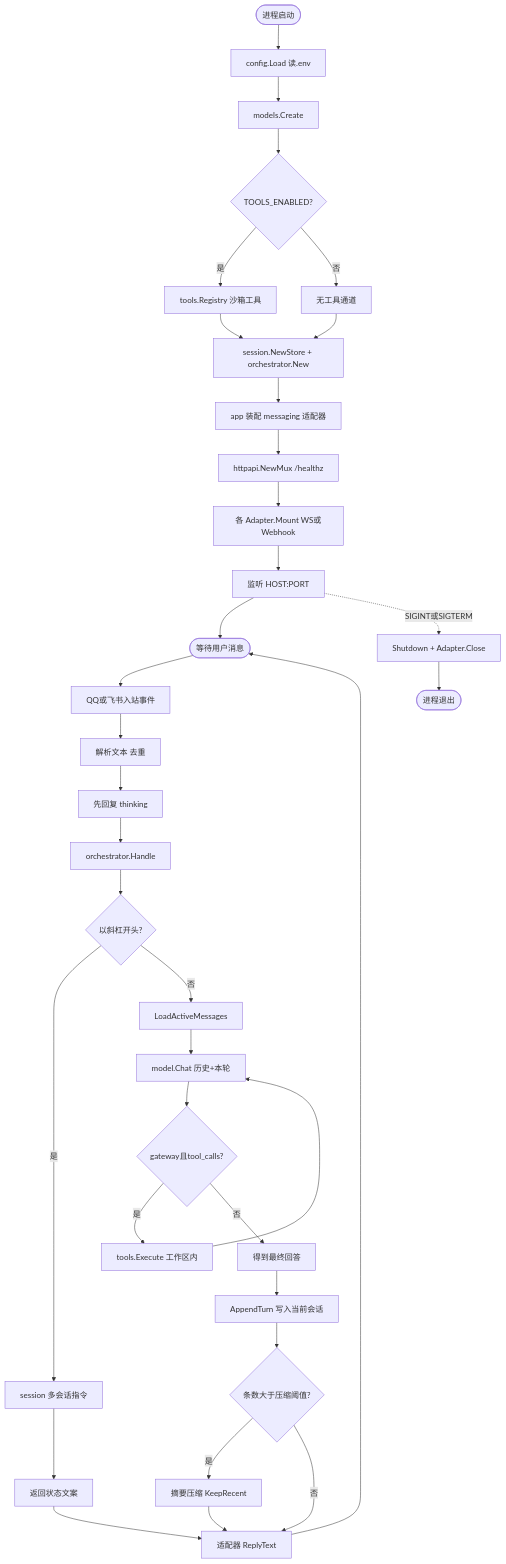
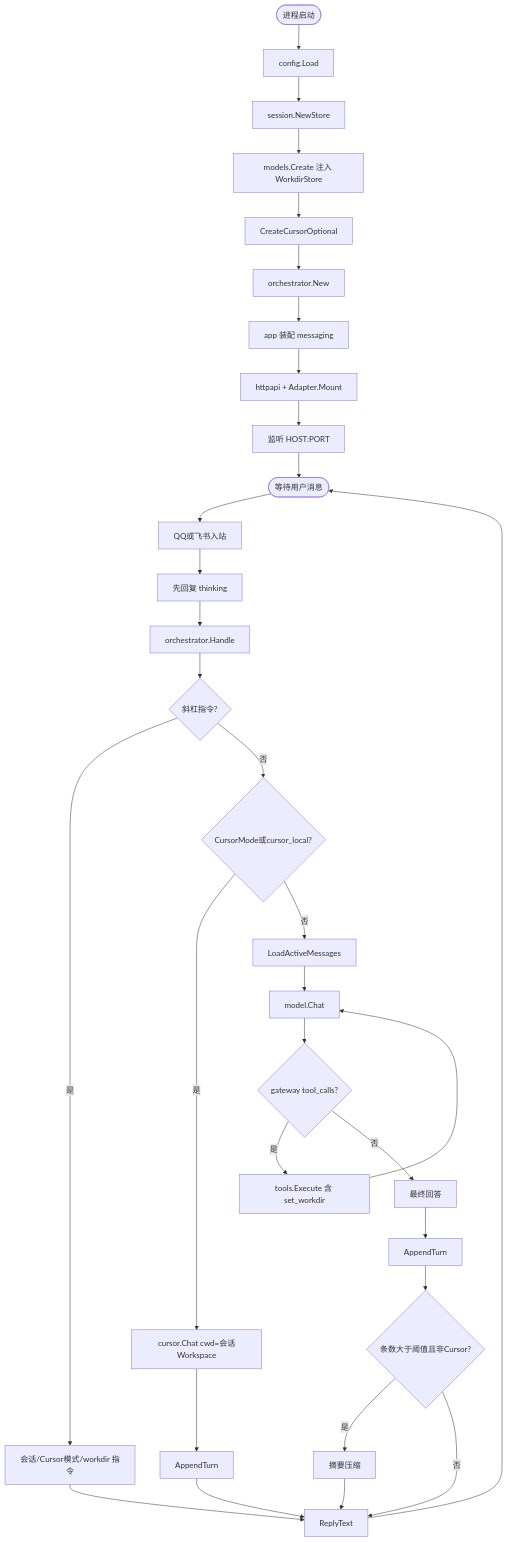
Before and after one commit to xgk1906806hjy/Personal-Bot: the first of 3 diagrams in docs/MODULES.md, drawn with Mermaid. The commit also changed other lines of this file and 2 other files, not shown here.

Commit message:
同步 README 与模块文档，说明 Cursor 模式与动态工作目录。

````diff
--- a/docs/MODULES.md
+++ b/docs/MODULES.md
@@ -11,41 +11,38 @@
 ```mermaid
 flowchart TD
-  start([进程启动]) --> loadCfg[config.Load 读.env]
-  loadCfg --> createModel[models.Create]
-  createModel --> maybeTools{TOOLS_ENABLED?}
-  maybeTools -->|是| regTools[tools.Registry 沙箱工具]
-  maybeTools -->|否| noTools[无工具通道]
-  regTools --> wireOrch
-  noTools --> wireOrch[session.NewStore + orchestrator.New]
-  wireOrch --> adapters[app 装配 messaging 适配器]
-  adapters --> mux[httpapi.NewMux /healthz]
-  mux --> mount[各 Adapter.Mount WS或Webhook]
-  mount --> listen[监听 HOST:PORT]
+  start([进程启动]) --> loadCfg[config.Load]
+  loadCfg --> sess[session.NewStore]
+  sess --> createModel[models.Create 注入 WorkdirStore]
+  createModel --> cursorOpt[CreateCursorOptional]
+  cursorOpt --> wireOrch[orchestrator.New]
+  wireOrch --> adapters[app 装配 messaging]
+  adapters --> mux[httpapi + Adapter.Mount]
+  mux --> listen[监听 HOST:PORT]
   listen --> waitEvt([等待用户消息])
 
-  waitEvt --> inbound[QQ或飞书入站事件]
-  inbound --> parse[解析文本 去重]
-  parse --> ack[先回复 thinking]
+  waitEvt --> inbound[QQ或飞书入站]
+  inbound --> ack[先回复 thinking]
   ack --> handle[orchestrator.Handle]
 
-  handle --> isCmd{以斜杠开头?}
-  isCmd -->|是| cmdSession[session 多会话指令]
-  cmdSession --> replyCmd[返回状态文案]
-  replyCmd --> outReply
+  handle --> isCmd{斜杠指令?}
+  isCmd -->|是| cmd[会话/Cursor模式/workdir 指令]
+  cmd --> outReply
 
-  isCmd -->|否| loadHist[LoadActiveMessages]
-  loadHist --> chat[model.Chat 历史+本轮]
-  chat --> needTool{gateway且tool_calls?}
-  needTool -->|是| execTool[tools.Execute 工作区内]
+  isCmd -->|否| cursorMode{CursorMode或cursor_local?}
+  cursorMode -->|是| cursorChat[cursor.Chat cwd=会话Workspace]
+  cursorChat --> appendC[AppendTurn]
+  appendC --> outReply
+
+  cursorMode -->|否| loadHist[LoadActiveMessages]
+  loadHist --> chat[model.Chat]
+  chat --> needTool{gateway tool_calls?}
+  needTool -->|是| execTool[tools.Execute 含 set_workdir]
   execTool --> chat
-  needTool -->|否| answer[得到最终回答]
-  answer --> appendTurn[AppendTurn 写入当前会话]
-  appendTurn --> needCompress{条数大于压缩阈值?}
-  needCompress -->|是| compress[摘要压缩 KeepRecent]
+  needTool -->|否| answer[最终回答]
+  answer --> appendTurn[AppendTurn]
+  appendTurn --> needCompress{条数大于阈值且非Cursor?}
+  needCompress -->|是| compress[摘要压缩]
   needCompress -->|否| outReply
-  compress --> outReply[适配器 ReplyText]
+  compress --> outReply[ReplyText]
   outReply --> waitEvt
-
-  listen -.->|SIGINT或SIGTERM| shutdown[Shutdown + Adapter.Close]
-  shutdown --> endNode([进程退出])
 ```
````
